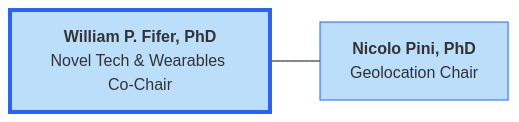
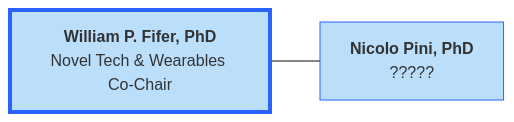
One commit to DCAN-Labs/hbcd-docs-internal changed diagram 12 of 12 in docs/orgcharts.md. Above: the diagram before and after it, drawn with Mermaid (base theme). The commit also changed other lines of this file, not shown here.

````diff
--- a/docs/orgcharts.md
+++ b/docs/orgcharts.md
@@ -1044,10 +1045,10 @@
 ```mermaid
 ---
 config:
   layout: fixed
 ---
 flowchart LR
-    n16["<b>William P. Fifer, PhD</b><br>Novel Tech & Wearables Co-Chair"] --- n17["<b>Nicolo Pini, PhD</b><br>Geolocation Chair"]
+    n16["<b>William P. Fifer, PhD</b><br>Novel Tech & Wearables Co-Chair"] --- n17["<b>Nicolo Pini, PhD</b><br>?????"]
     style n16 fill:#BBDEFB,stroke:#2962FF,stroke-width:4px
     style n17 fill:#BBDEFB,stroke:#2962FF
 ```
````
